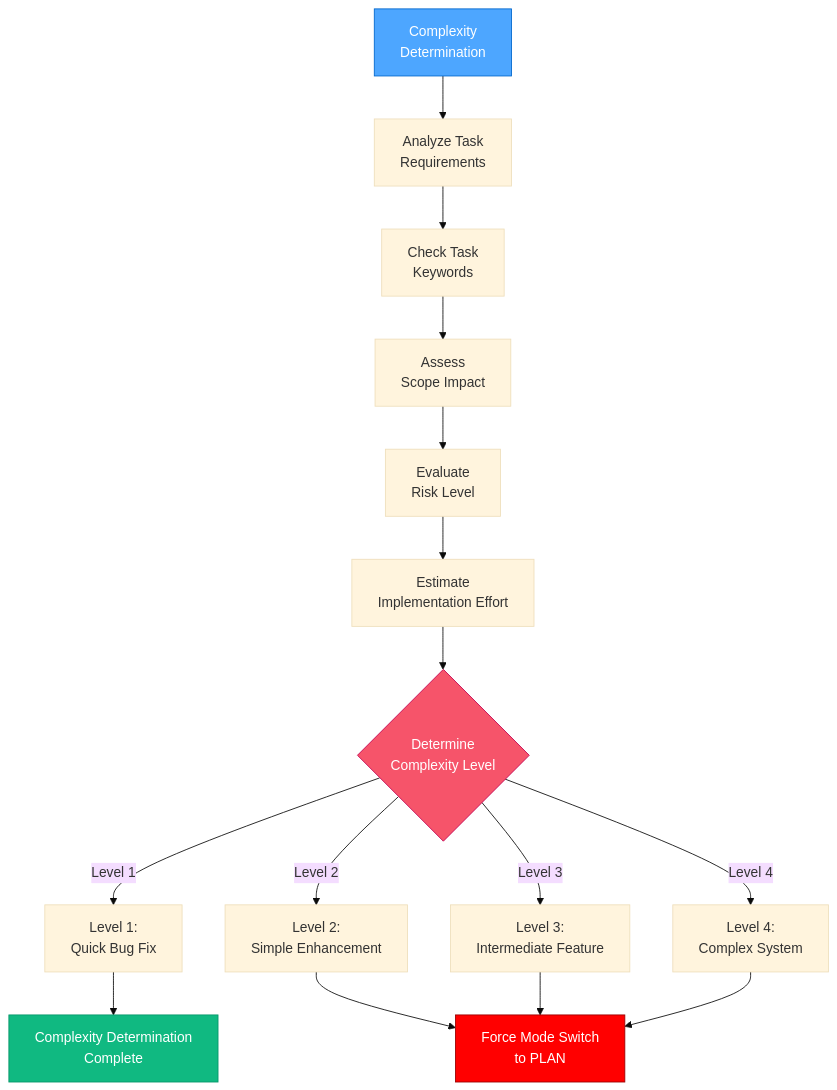
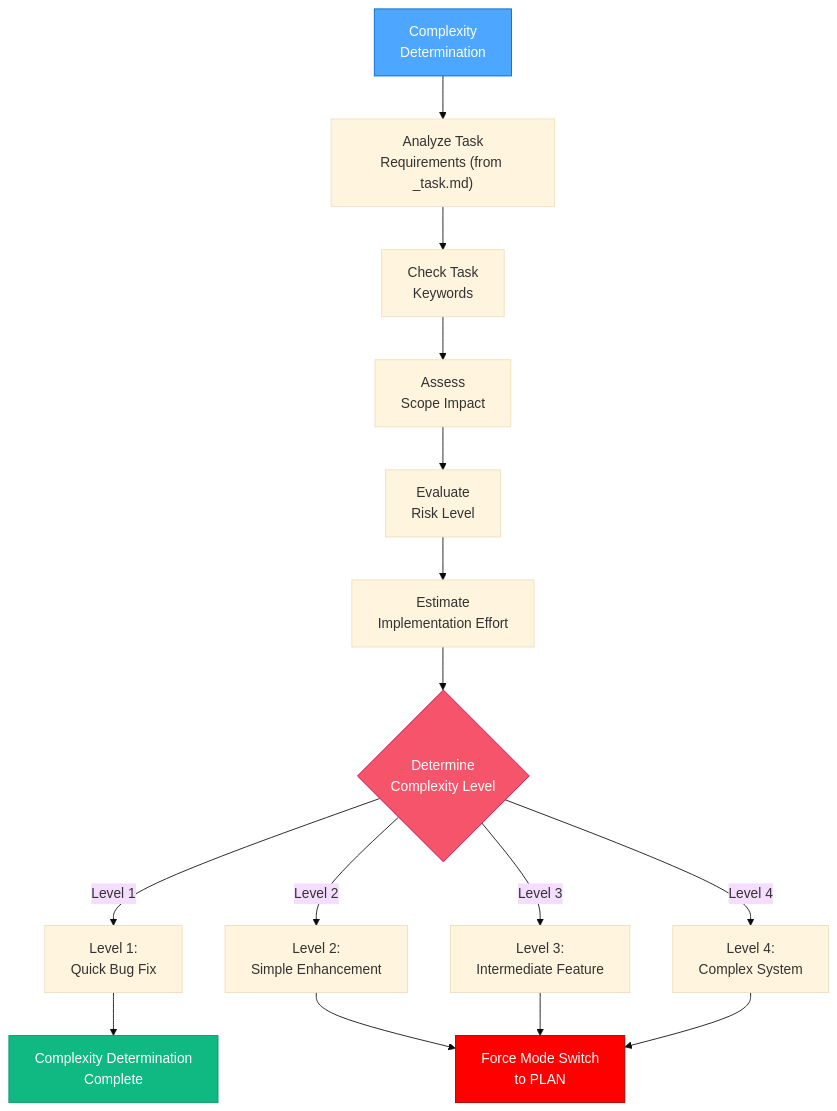
One commit to vanzan01/cursor-memory-bank changed the fourth of 13 diagrams in .cursor/rules/isolation_rules/visual-maps/van_mode_split/van-mode-map.mdc. Above: the diagram before and after it, drawn with Mermaid (base theme). The commit also changed other lines of this file and 52 other files, not shown here.

Commit message:
Добавлены новые правила для управления активными задачами и генерации сообщений коммитов. Обновлены существующие правила для улучшения логики обработки контекста и управления задачами. Включены инструкции по созданию заметок для релиза и улучшены диаграммы процесса для режимов ARCHIVE и CREATIVE.

````diff
--- a/.cursor/rules/isolation_rules/visual-maps/van_mode_split/van-mode-map.mdc
+++ b/.cursor/rules/isolation_rules/visual-maps/van_mode_split/van-mode-map.mdc
@@ -152,23 +152,23 @@
 ```mermaid
 graph TD
-    CD["Complexity<br>Determination"] --> AnalyzeTask["Analyze Task<br>Requirements"]
+    CD["Complexity<br>Determination"] --> AnalyzeTask["Analyze Task<br>Requirements (from _task.md)"]
 
     AnalyzeTask --> CheckKeywords["Check Task<br>Keywords"]
     CheckKeywords --> ScopeCheck["Assess<br>Scope Impact"]
     ScopeCheck --> RiskCheck["Evaluate<br>Risk Level"]
     RiskCheck --> EffortCheck["Estimate<br>Implementation Effort"]
 
     EffortCheck --> DetermineLevel{"Determine<br>Complexity Level"}
     DetermineLevel -->|"Level 1"| L1["Level 1:<br>Quick Bug Fix"]
     DetermineLevel -->|"Level 2"| L2["Level 2:<br>Simple Enhancement"]
     DetermineLevel -->|"Level 3"| L3["Level 3:<br>Intermediate Feature"]
     DetermineLevel -->|"Level 4"| L4["Level 4:<br>Complex System"]
 
     L1 --> CDComplete["Complexity Determination<br>Complete"]
     L2 & L3 & L4 --> ModeSwitch["Force Mode Switch<br>to PLAN"]
 
     style CD fill:#4da6ff,stroke:#0066cc,color:white
     style CDComplete fill:#10b981,stroke:#059669,color:white
     style ModeSwitch fill:#ff0000,stroke:#990000,color:white
     style DetermineLevel fill:#f6546a,stroke:#c30052,color:white
 ```
````
